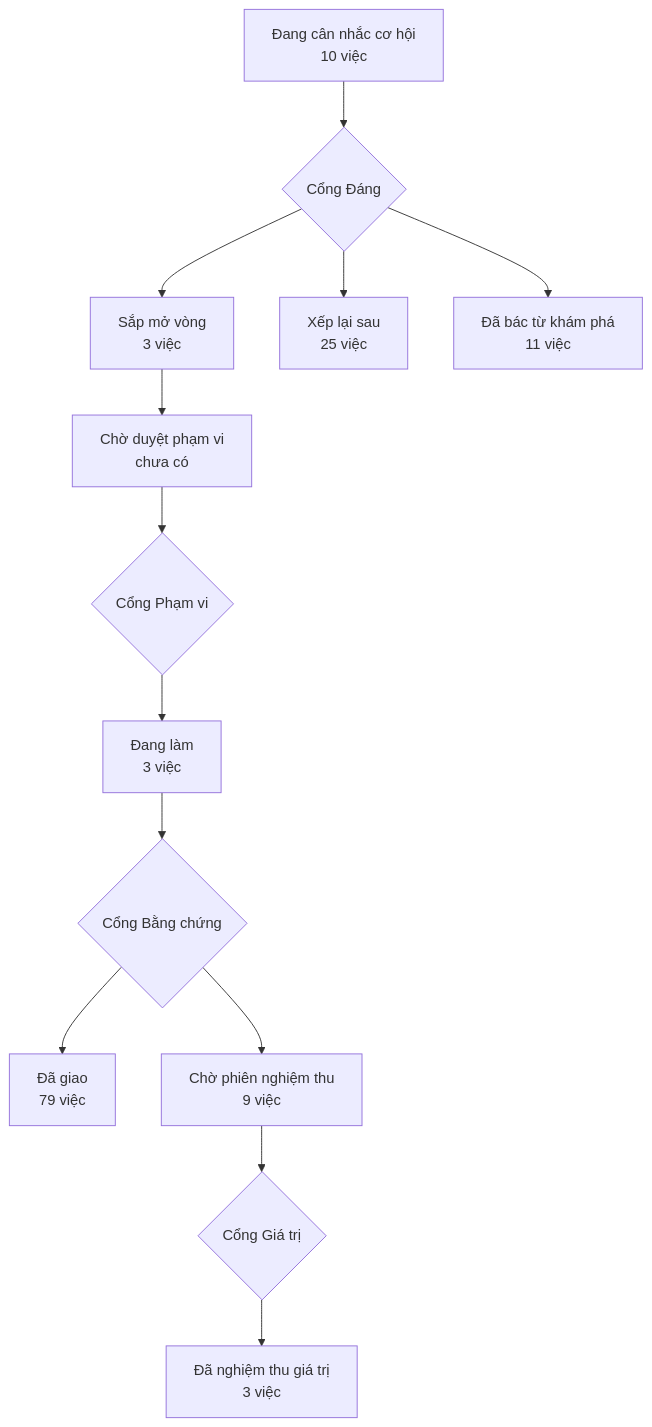
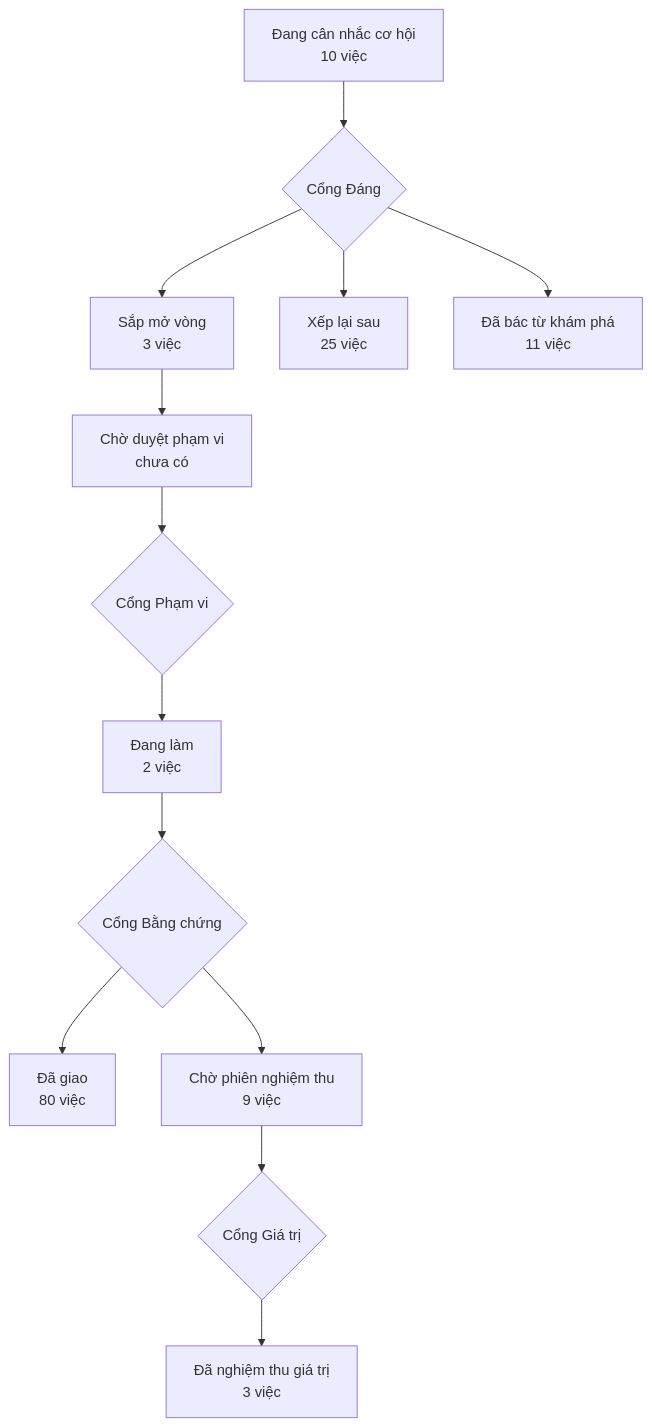
Before and after one commit to phanlemanh/acceptance-gate-kit: the diagram in PRODUCT-MAP.md, drawn with Mermaid. The commit also changed 4 other files, not shown here.

````diff
--- a/PRODUCT-MAP.md
+++ b/PRODUCT-MAP.md
@@ -6,12 +6,12 @@
 ```mermaid
 flowchart TD
   A["Đang cân nhắc cơ hội<br/>10 việc"] --> GD{"Cổng Đáng"}
   GD --> B["Sắp mở vòng<br/>3 việc"]
   GD --> XL["Xếp lại sau<br/>25 việc"]
   GD --> DB["Đã bác từ khám phá<br/>11 việc"]
   B --> CD["Chờ duyệt phạm vi<br/>chưa có"] --> GP{"Cổng Phạm vi"}
-  GP --> DL["Đang làm<br/>3 việc"] --> GB{"Cổng Bằng chứng"}
-  GB --> DG["Đã giao<br/>79 việc"]
+  GP --> DL["Đang làm<br/>2 việc"] --> GB{"Cổng Bằng chứng"}
+  GB --> DG["Đã giao<br/>80 việc"]
   GB --> CN["Chờ phiên nghiệm thu<br/>9 việc"] --> GG{"Cổng Giá trị"}
   GG --> NT["Đã nghiệm thu giá trị<br/>3 việc"]
 ```
````
